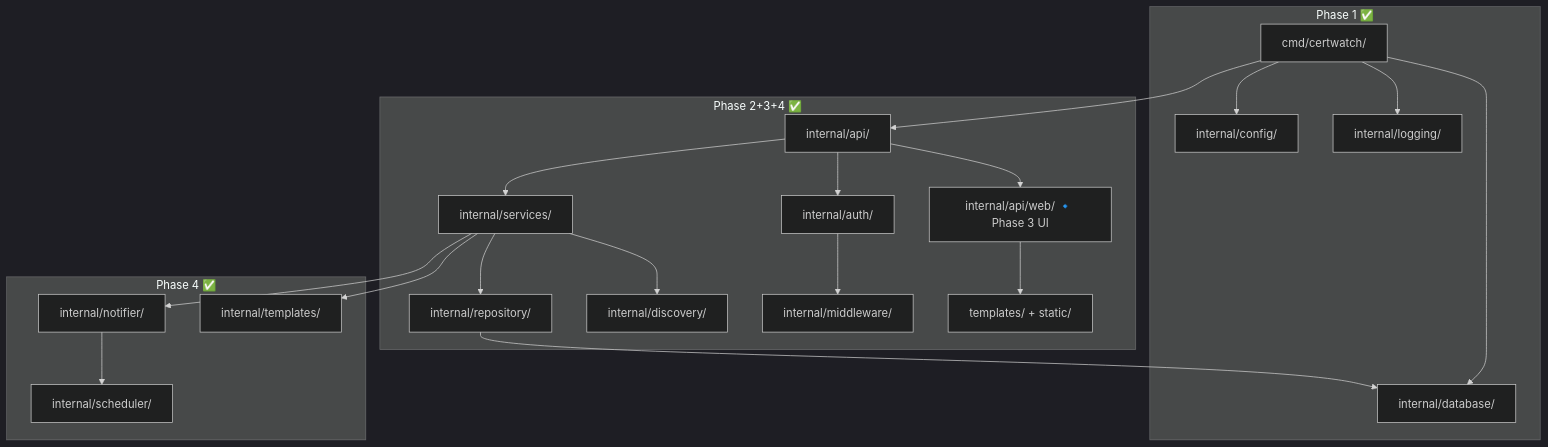
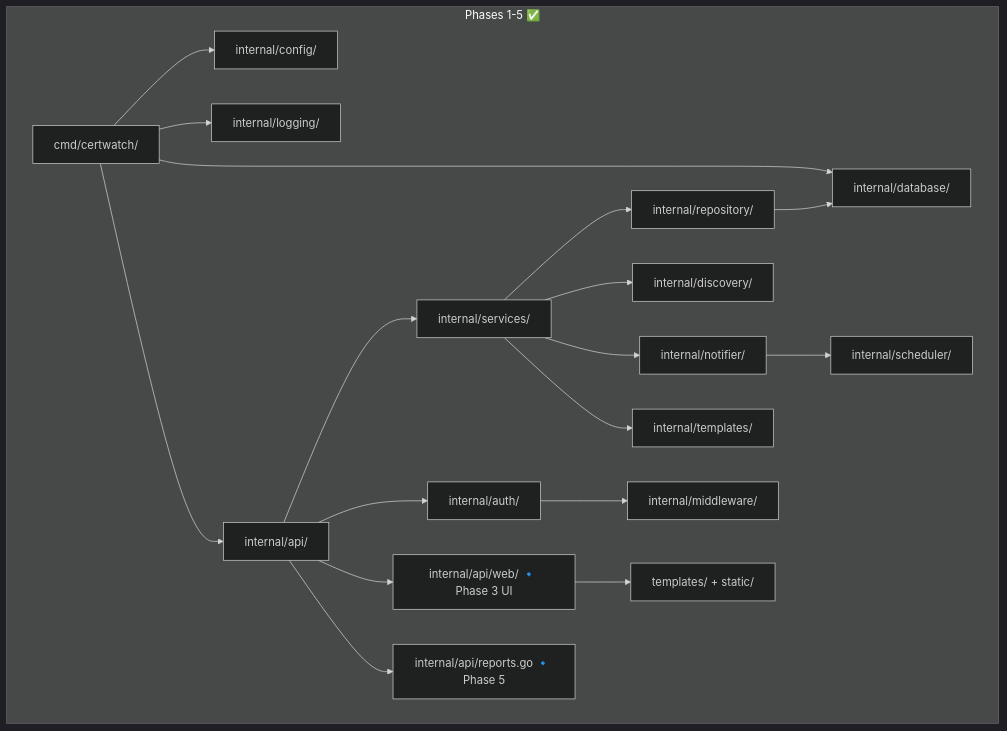
One commit to araujofrancisco/certwatch changed the diagram in docs/architecture.md. Above: the diagram before and after it, drawn with Mermaid (dark theme). The commit also changed other lines of this file and 11 other files, not shown here.

````diff
--- a/docs/architecture.md
+++ b/docs/architecture.md
@@ -8,20 +8,17 @@
 ```mermaid
 graph TD
-    subgraph "Phase 1 ✅"
+    subgraph "Phases 1-5 ✅"
         cmd/certwatch/ --> internal/config/
         cmd/certwatch/ --> internal/logging/
         cmd/certwatch/ --> internal/database/
-    end
-    subgraph "Phase 2+3+4 ✅"
         cmd/certwatch/ --> internal/api/ --> internal/services/ --> internal/repository/
         internal/repository/ --> internal/database/
         internal/services/ --> internal/discovery/
         internal/api/ --> internal/auth/ --> internal/middleware/
         internal/api/ --> U[internal/api/web/ 🔹 Phase 3 UI]
         U --> T[templates/ + static/]
-    end
-    subgraph "Phase 4 ✅"
+        internal/api/ --> R[internal/api/reports.go 🔹 Phase 5]
         internal/services/ --> internal/notifier/ --> internal/scheduler/
         internal/services/ --> internal/templates/
     end
 ```
````
